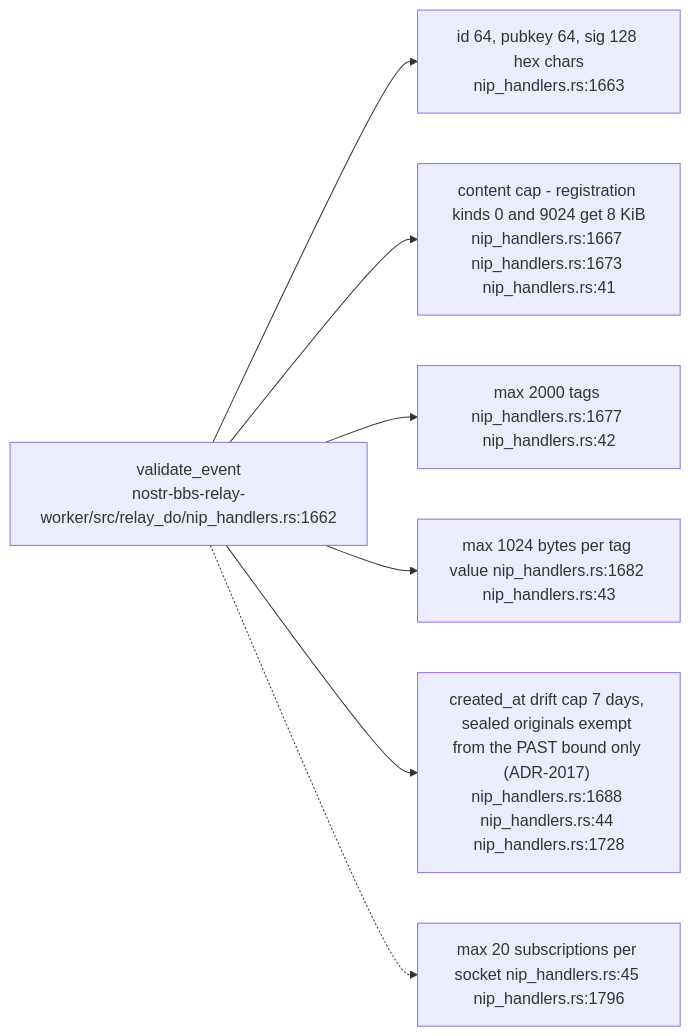
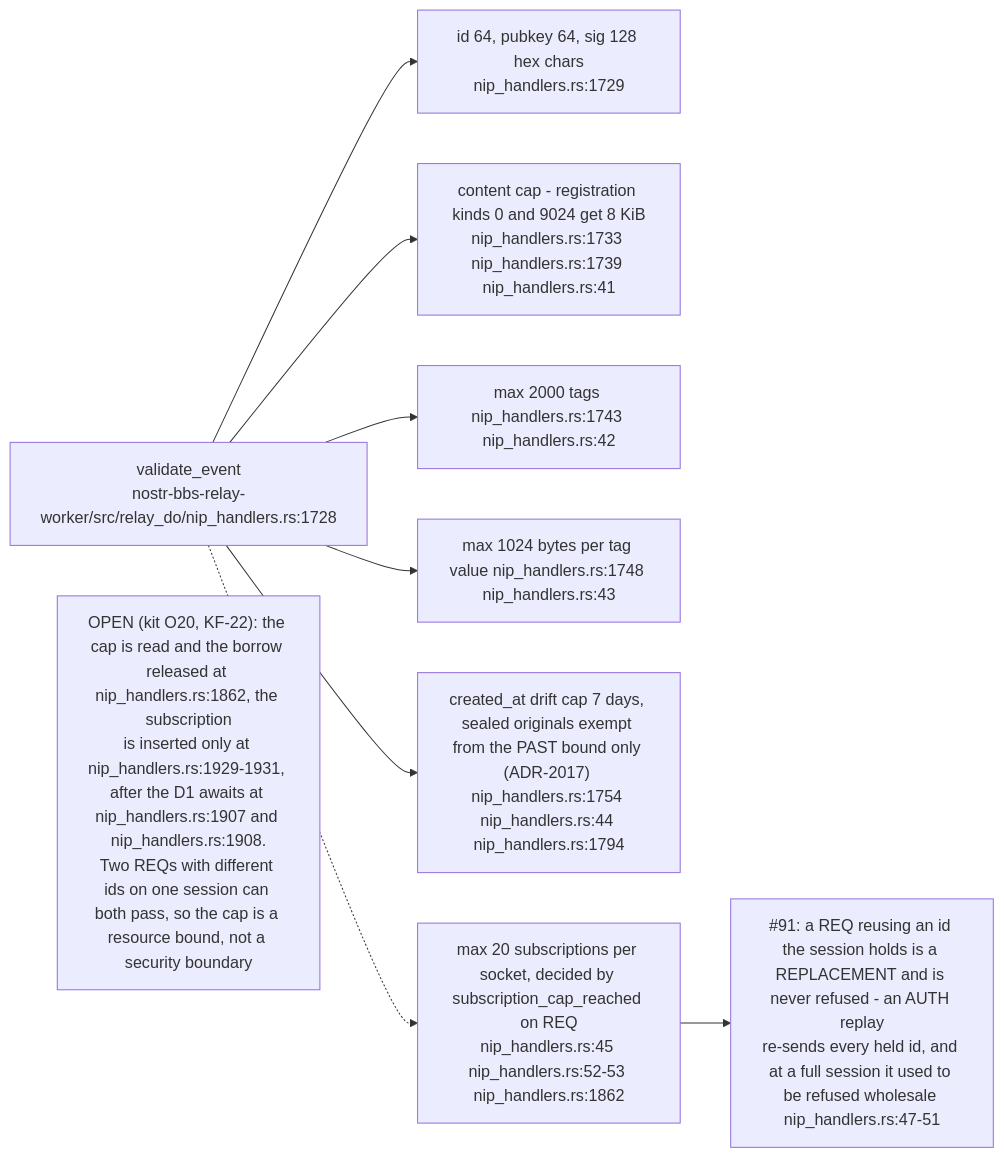
Before and after one commit to DreamLab-AI/VisionFlow: diagram 11 of 16 in docs/diagrams/nostr-rust-forum/03-relay-worker-admission-auth-and-trust.md, drawn with Mermaid. The commit also changed other lines of this file, not shown here.

First line of the commit message:
docs(diagrams): re-verify NF-03 against nostr-rust-forum af4f0d5

````diff
--- a/docs/diagrams/nostr-rust-forum/03-relay-worker-admission-auth-and-trust.md
+++ b/docs/diagrams/nostr-rust-forum/03-relay-worker-admission-auth-and-trust.md
@@ -335,13 +355,16 @@
 ```mermaid
 flowchart LR
-    V["validate_event<br/>nostr-bbs-relay-worker/src/relay_do/nip_handlers.rs:1662"]
-    L1["id 64, pubkey 64, sig 128 hex chars<br/>nip_handlers.rs:1663"]
-    L2["content cap - registration kinds 0 and 9024 get 8 KiB<br/>nip_handlers.rs:1667 nip_handlers.rs:1673 nip_handlers.rs:41"]
-    L3["max 2000 tags nip_handlers.rs:1677 nip_handlers.rs:42"]
-    L4["max 1024 bytes per tag value nip_handlers.rs:1682 nip_handlers.rs:43"]
-    L5["created_at drift cap 7 days, sealed originals exempt from the PAST bound only (ADR-2017) nip_handlers.rs:1688 nip_handlers.rs:44 nip_handlers.rs:1728"]
-    L6["max 20 subscriptions per socket nip_handlers.rs:45 nip_handlers.rs:1796"]
+    V["validate_event<br/>nostr-bbs-relay-worker/src/relay_do/nip_handlers.rs:1728"]
+    L1["id 64, pubkey 64, sig 128 hex chars<br/>nip_handlers.rs:1729"]
+    L2["content cap - registration kinds 0 and 9024 get 8 KiB<br/>nip_handlers.rs:1733 nip_handlers.rs:1739 nip_handlers.rs:41"]
+    L3["max 2000 tags nip_handlers.rs:1743 nip_handlers.rs:42"]
+    L4["max 1024 bytes per tag value nip_handlers.rs:1748 nip_handlers.rs:43"]
+    L5["created_at drift cap 7 days, sealed originals exempt from the PAST bound only (ADR-2017) nip_handlers.rs:1754 nip_handlers.rs:44 nip_handlers.rs:1794"]
+    L6["max 20 subscriptions per socket, decided by subscription_cap_reached on REQ<br/>nip_handlers.rs:45 nip_handlers.rs:52-53 nip_handlers.rs:1862"]
+    L7["#91: a REQ reusing an id the session holds is a REPLACEMENT and is never refused - an AUTH replay<br/>re-sends every held id, and at a full session it used to be refused wholesale nip_handlers.rs:47-51"]
 
     V --> L1 & L2 & L3 & L4 & L5
-    V -.-> L6
+    V -.-> L6 --> L7
+
+    N1["OPEN (kit O20, KF-22): the cap is read and the borrow released at nip_handlers.rs:1862, the subscription<br/>is inserted only at nip_handlers.rs:1929-1931, after the D1 awaits at nip_handlers.rs:1907 and nip_handlers.rs:1908.<br/>Two REQs with different ids on one session can both pass, so the cap is a resource bound, not a security boundary"]
 ```
````
